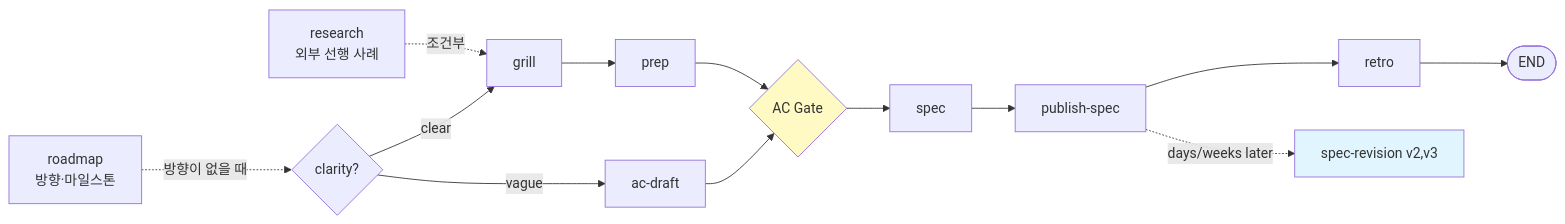
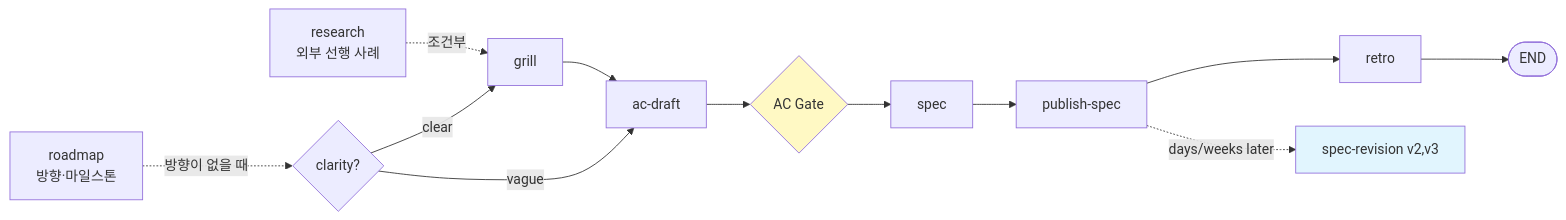
One commit to narashin/nara-kit changed the second of 2 diagrams in skills/README.md. Above: the diagram before and after it, drawn with Mermaid. The commit also changed other lines of this file and 55 other files, not shown here.

````diff
--- a/skills/README.md
+++ b/skills/README.md
@@ -185,14 +184,13 @@
 ```mermaid
 flowchart LR
     RM["roadmap<br>방향·마일스톤"] -. 방향이 없을 때 .-> C
     RS["research<br>외부 선행 사례"] -. 조건부 .-> B
-    C{clarity?} -->|clear| B["grill"] --> PR[prep]
-    C -->|vague| AC[ac-draft]
-    PR --> AG{AC Gate}
-    AC --> AG
+    C{clarity?} -->|clear| B["grill"] --> AC[ac-draft]
+    C -->|vague| AC
+    AC --> AG{AC Gate}
     AG --> S[spec] --> PUB[publish-spec] --> RF[retro] --> E([END])
     PUB -. days/weeks later .-> REV[spec-revision v2,v3]
 
     style AG fill:#fff9c4
     style REV fill:#e1f5fe
 ```
````
